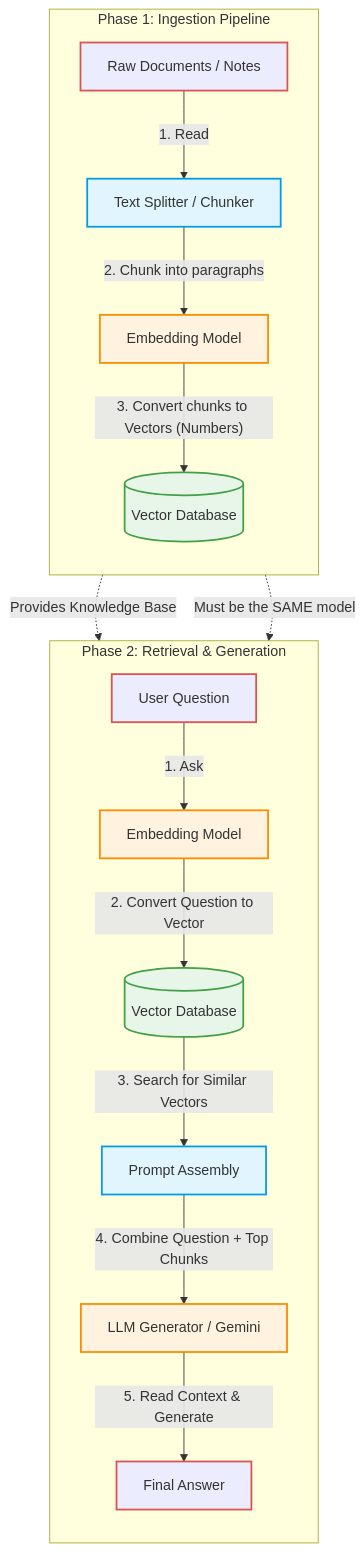
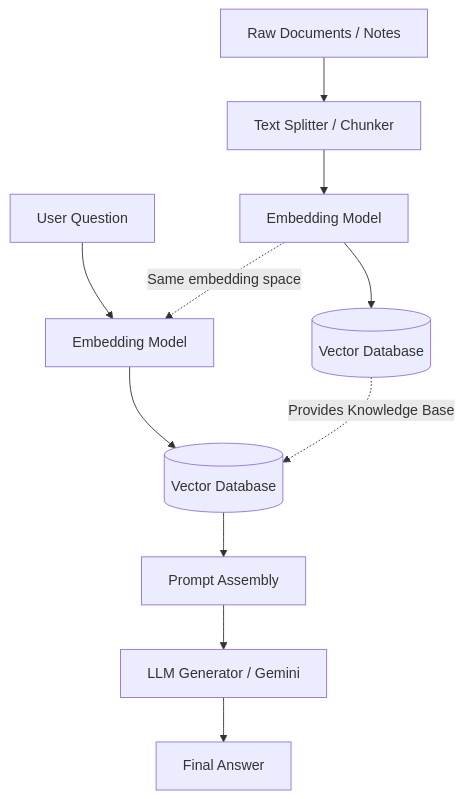
One commit to bibash007/chat-with-notes changed the diagram in RAG_ARCHITECTURE.md. Above: the diagram before and after it, drawn with Mermaid. The commit also changed other lines of this file, not shown here.

Commit message:
docs: clarify RAG architecture and data flow

````diff
--- a/RAG_ARCHITECTURE.md
+++ b/RAG_ARCHITECTURE.md
@@ -7,42 +7,13 @@
 ```mermaid
 flowchart TD
-    %% Styling
-    classDef user input fill:#f9f2f4,stroke:#d9534f,stroke-width:2px,color:#333;
-    classDef process fill:#e1f5fe,stroke:#039be5,stroke-width:2px,color:#333;
-    classDef model fill:#fff3e0,stroke:#fb8c00,stroke-width:2px,color:#333;
-    classDef database fill:#e8f5e9,stroke:#43a047,stroke-width:2px,color:#333;
-
-    %% Phase 1: Ingestion
-    subgraph Phase 1: Ingestion Pipeline
-        direction TB
-        A1[Raw Documents / Notes]:::user
-        A2[Text Splitter / Chunker]:::process
-        A3[Embedding Model]:::model
-        A4[(Vector Database)]:::database
-
-        A1 -- "1. Read" --> A2
-        A2 -- "2. Chunk into paragraphs" --> A3
-        A3 -- "3. Convert chunks to Vectors (Numbers)" --> A4
-    end
-
-    %% Phase 2: Retrieval & Generation
-    subgraph Phase 2: Retrieval & Generation
-        direction TB
-        B1[User Question]:::user
-        B2[Embedding Model]:::model
-        B3[(Vector Database)]:::database
-        B4[Prompt Assembly]:::process
-        B5[LLM Generator / Gemini]:::model
-        B6[Final Answer]:::user
-
-        B1 -- "1. Ask" --> B2
-        B2 -- "2. Convert Question to Vector" --> B3
-        B3 -- "3. Search for Similar Vectors" --> B4
-        B4 -- "4. Combine Question + Top Chunks" --> B5
-        B5 -- "5. Read Context & Generate" --> B6
-    end
-
-    %% Connecting the two phases logically
-    A4 -. "Provides Knowledge Base" .-> B3
-    A3 -. "Must be the SAME model" .-> B2
+    A1[Raw Documents / Notes] --> A2[Text Splitter / Chunker]
+    A2 --> A3[Embedding Model]
+    A3 --> A4[(Vector Database)]
+    B1[User Question] --> B2[Embedding Model]
+    B2 --> B3[(Vector Database)]
+    B3 --> B4[Prompt Assembly]
+    B4 --> B5[LLM Generator / Gemini]
+    B5 --> B6[Final Answer]
+    A4 -. Provides Knowledge Base .-> B3
+    A3 -. Same embedding space .-> B2
 ```
````
